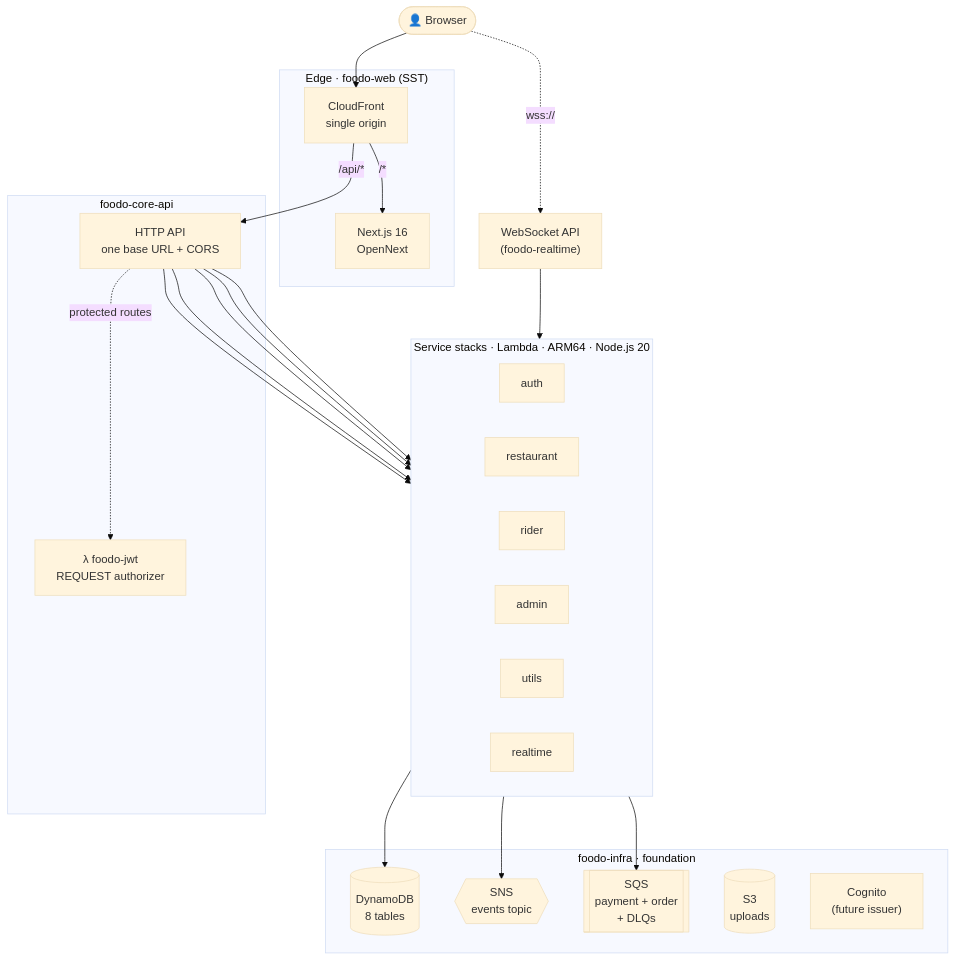
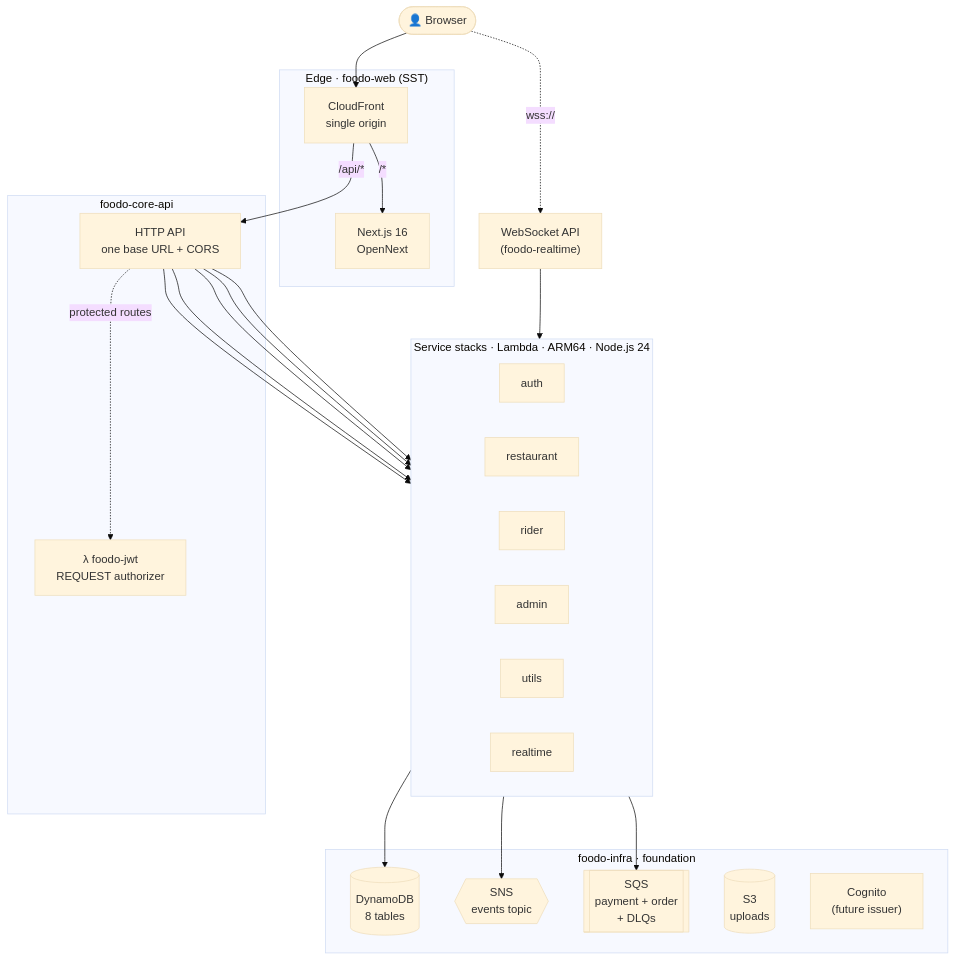
One commit to vipul156/Foodo changed the first of 5 diagrams in README.md. Above: the diagram before and after it, drawn with Mermaid (base theme). The commit also changed other lines of this file and 26 other files, not shown here.

````diff
--- a/README.md
+++ b/README.md
@@ -104,45 +104,45 @@
 ```mermaid
 flowchart TB
     U([👤 Browser])
 
     subgraph EDGE["Edge · foodo-web (SST)"]
         CF["CloudFront<br/>single origin"]
         NX["Next.js 16<br/>OpenNext"]
     end
 
     subgraph CORE["foodo-core-api"]
         API["HTTP API<br/>one base URL + CORS"]
         AZ["λ foodo-jwt<br/>REQUEST authorizer"]
     end
 
     WS["WebSocket API<br/>(foodo-realtime)"]
 
-    subgraph SVC["Service stacks · Lambda · ARM64 · Node.js 20"]
+    subgraph SVC["Service stacks · Lambda · ARM64 · Node.js 24"]
         direction LR
         AUTH[auth]
         REST[restaurant]
         RIDER[rider]
         ADMIN[admin]
         UTILS[utils]
         RT[realtime]
     end
 
     subgraph INFRA["foodo-infra · foundation"]
         DDB[("DynamoDB<br/>8 tables")]
         SNS{{"SNS<br/>events topic"}}
         SQS[["SQS<br/>payment + order<br/>+ DLQs"]]
         S3[("S3<br/>uploads")]
         COG["Cognito<br/>(future issuer)"]
     end
 
     U --> CF
     CF -->|"/*"| NX
     CF -->|"/api/*"| API
     U -.->|"wss://"| WS
     API -.->|"protected routes"| AZ
     API --> AUTH & REST & RIDER & ADMIN & UTILS
     WS --> RT
     SVC --> DDB
     SVC --> SNS
     SVC --> SQS
 ```
````
